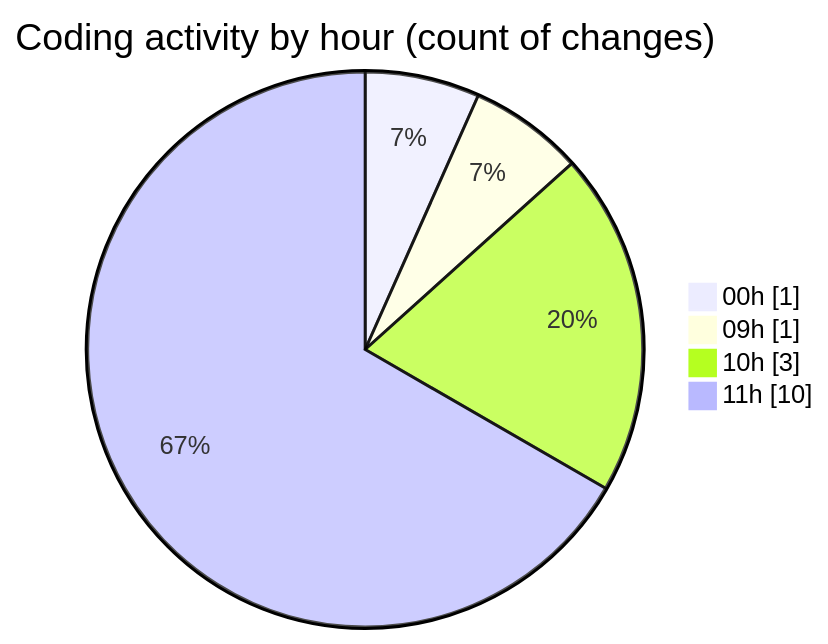
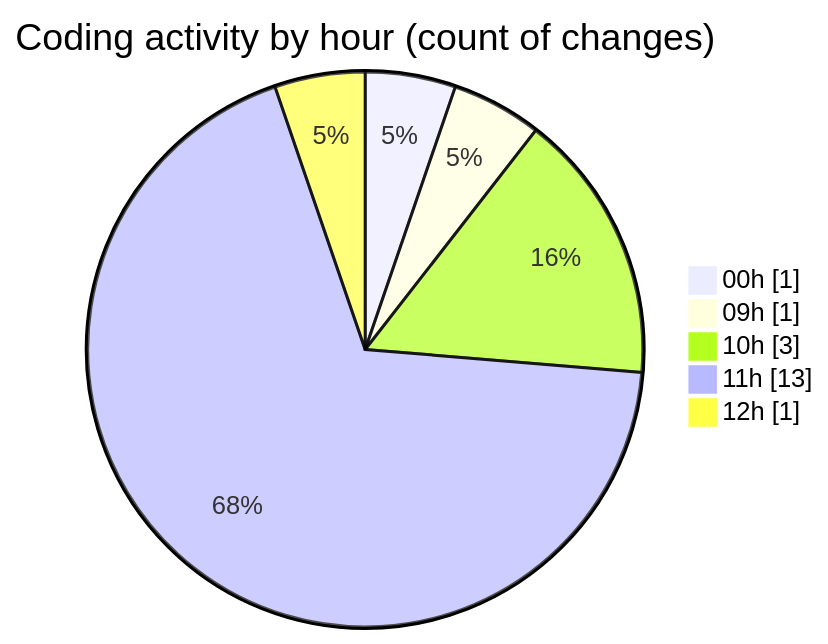
The second of 2 diagrams in 2025-05-22/cda/README.md (momahboobian/code-tracking), drawn with Mermaid before and after one commit. The commit also changed other lines of this file and 1 other file, not shown here.

````diff
--- a/2025-05-22/cda/README.md
+++ b/2025-05-22/cda/README.md
@@ -37,8 +37,9 @@
 ```mermaid
 pie showData
 title Coding activity by hour (count of changes)
 "00h" : 1
 "09h" : 1
 "10h" : 3
-"11h" : 10
+"11h" : 13
+"12h" : 1
 ```
````
